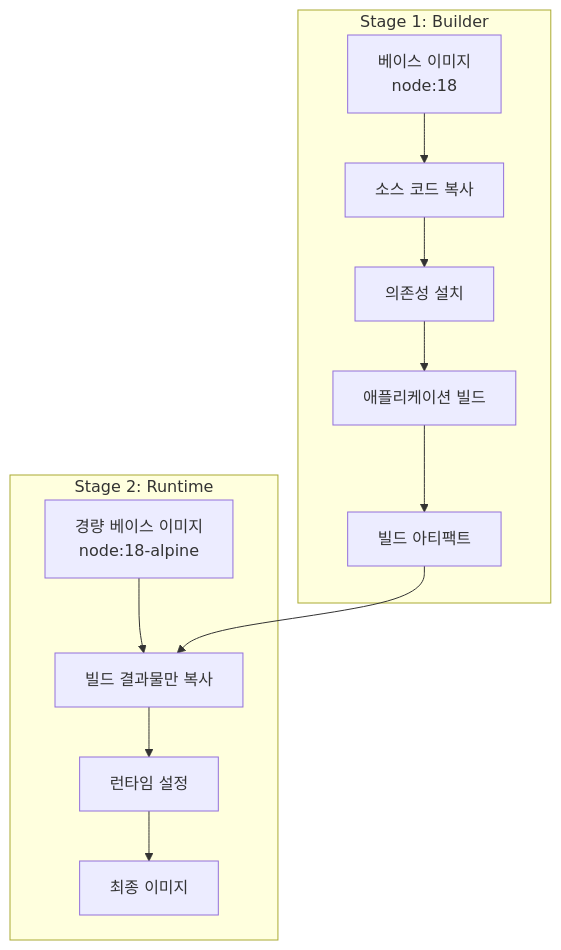
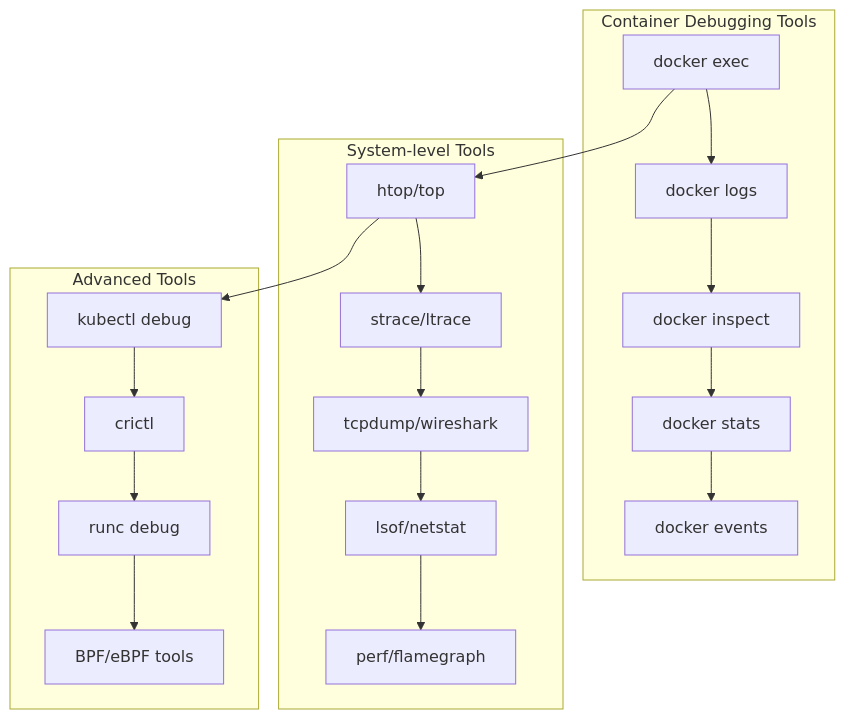
Before and after one commit to niceguy61/kdt_devops_lecture_2025: the first of 2 diagrams in week_02/day_02/session_06.md, drawn with Mermaid. The commit also changed other lines of this file and 41 other files, not shown here.

````diff
--- a/week_02/day_02/session_06.md
+++ b/week_02/day_02/session_06.md
@@ -15,17 +15,25 @@
 ```mermaid
 graph TB
-    subgraph "Stage 1: Builder"
-        A[베이스 이미지<br/>node:18] --> B[소스 코드 복사]
-        B --> C[의존성 설치]
-        C --> D[애플리케이션 빌드]
-        D --> E[빌드 아티팩트]
+    subgraph "Container Debugging Tools"
+        A[docker exec] --> B[docker logs]
+        B --> C[docker inspect]
+        C --> D[docker stats]
+        D --> E[docker events]
     end
     
-    subgraph "Stage 2: Runtime"
-        F[경량 베이스 이미지<br/>node:18-alpine] --> G[빌드 결과물만 복사]
-        G --> H[런타임 설정]
-        H --> I[최종 이미지]
+    subgraph "System-level Tools"
+        F[htop/top] --> G[strace/ltrace]
+        G --> H[tcpdump/wireshark]
+        H --> I[lsof/netstat]
+        I --> J[perf/flamegraph]
     end
     
-    E --> G
+    subgraph "Advanced Tools"
+        K[kubectl debug] --> L[crictl]
+        L --> M[runc debug]
+        M --> N[BPF/eBPF tools]
+    end
+    
+    A --> F
+    F --> K
 ```
````
